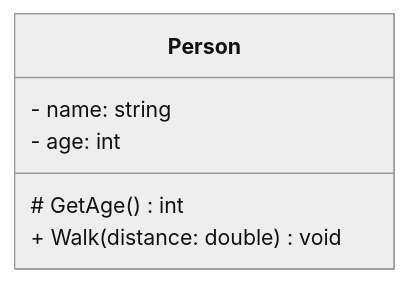
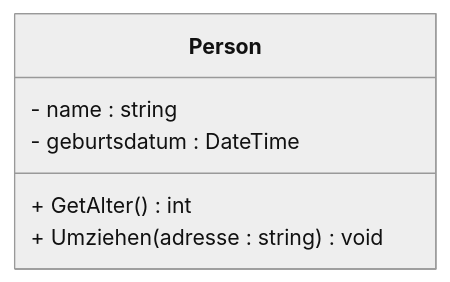
Before and after one commit to HTL-Wolfsberg-Betriebsinformatik/skript: the first of 12 diagrams in slides/content/slides/SWP/PR/18_uml-class-diagram.md, drawn with Mermaid (neutral theme). The commit also changed other lines of this file, not shown here.

Commit message:
updated: uml class diagram

````diff
--- a/slides/content/slides/SWP/PR/18_uml-class-diagram.md
+++ b/slides/content/slides/SWP/PR/18_uml-class-diagram.md
@@ -90,9 +100,9 @@
-```mermaid
+```mermaid {scale: 1.2}
 classDiagram
   class Person {
-    - name: string
-    - age: int
-    # GetAge() int
-    + Walk(distance: double) void
+    - name : string
+    - geburtsdatum : DateTime
+    + GetAlter() int
+    + Umziehen(adresse : string) void
   }
 ```
````
